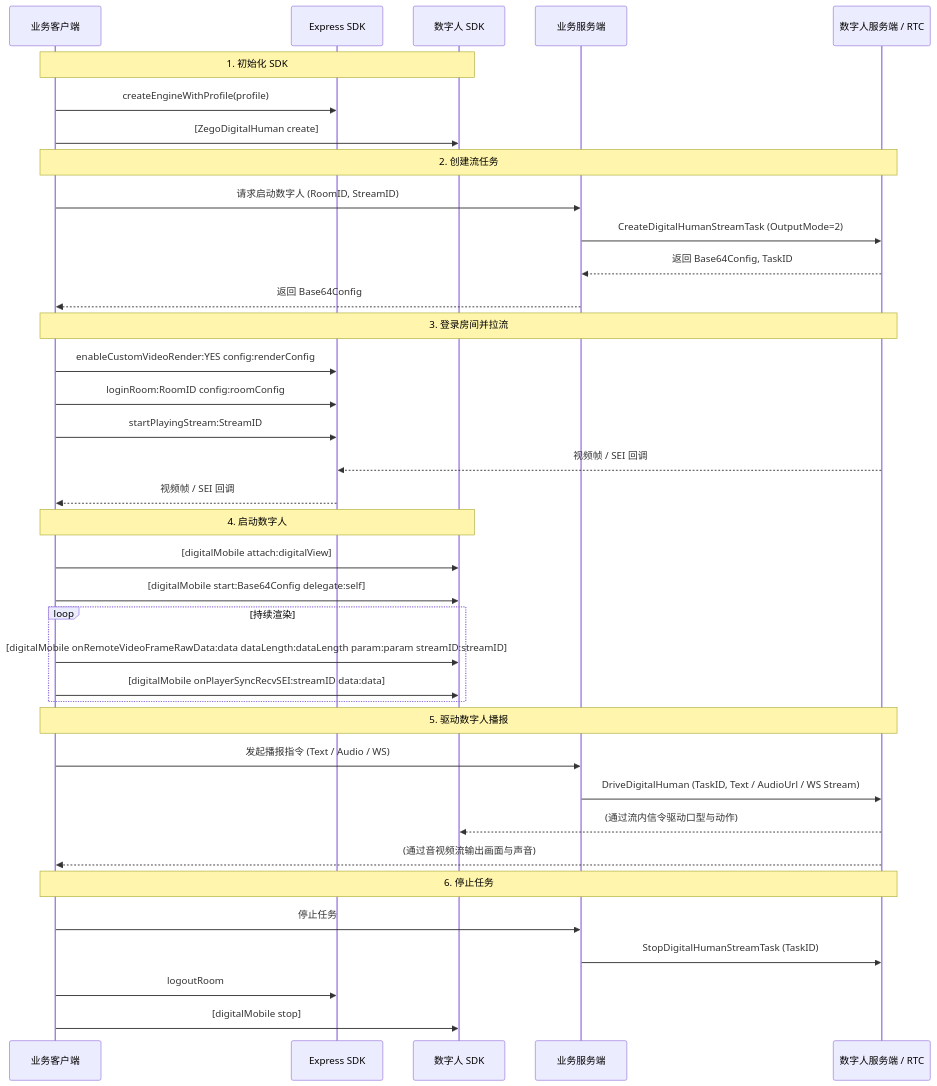
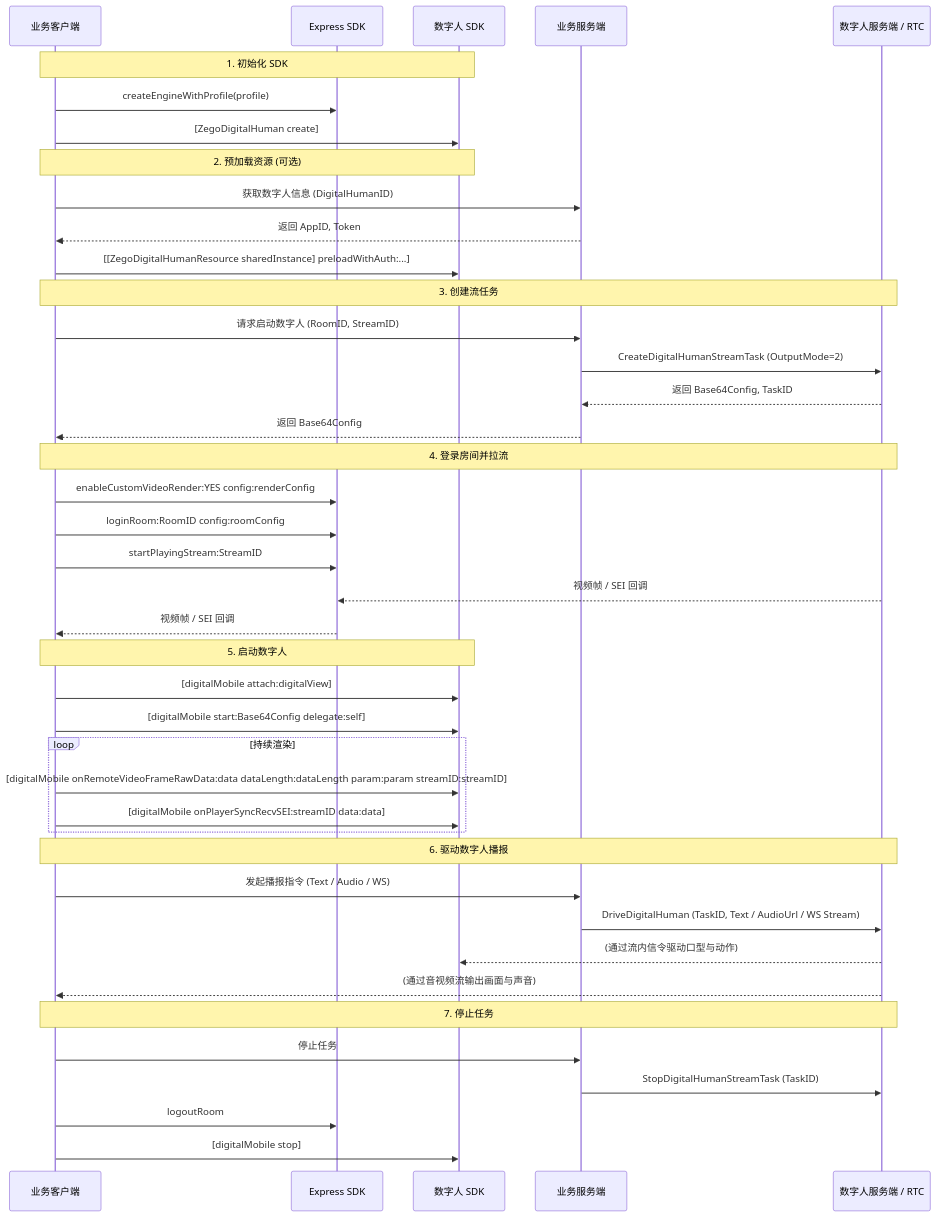
One commit to ZEGOCLOUD/docs_all changed the second of 3 diagrams in core_products/digital-human/zh/android/quick-start.mdx. Above: the diagram before and after it, drawn with Mermaid. The commit also changed other lines of this file and 1 other file, not shown here.

Commit message:
Revise digital human SDK quick start documentation for Android and server-side integration. Update sequence diagram steps to reflect resource preloading and task management improvements. Enhance clarity in example code and adjust section headings for better flow.

````diff
--- a/core_products/digital-human/zh/android/quick-start.mdx
+++ b/core_products/digital-human/zh/android/quick-start.mdx
@@ -124,45 +129,50 @@
 ```mermaid
 sequenceDiagram
     participant Client as 业务客户端
     participant Express as Express SDK
     participant DH_SDK as 数字人 SDK
     participant Server as 业务服务端
     participant PaaS as 数字人服务端 / RTC
 
     Note over Client, DH_SDK: 1. 初始化 SDK
     Client->>Express: createEngineWithProfile(profile)
     Client->>DH_SDK: [ZegoDigitalHuman create]
 
-    Note over Client, PaaS: 2. 创建流任务
+    Note over Client, DH_SDK: 2. 预加载资源 (可选)
+    Client->>Server: 获取数字人信息 (DigitalHumanID)
+    Server-->>Client: 返回 AppID, Token
+    Client->>DH_SDK: [[ZegoDigitalHumanResource sharedInstance] preloadWithAuth:...]
+
+    Note over Client, PaaS: 3. 创建流任务
     Client->>Server: 请求启动数字人 (RoomID, StreamID)
     Server->>PaaS: CreateDigitalHumanStreamTask (OutputMode=2)
     PaaS-->>Server: 返回 Base64Config, TaskID
     Server-->>Client: 返回 Base64Config
 
-    Note over Client, PaaS: 3. 登录房间并拉流
+    Note over Client, PaaS: 4. 登录房间并拉流
     Client->>Express: enableCustomVideoRender:YES config:renderConfig
     Client->>Express: loginRoom:RoomID config:roomConfig
     Client->>Express: startPlayingStream:StreamID
     PaaS-->>Express: 视频帧 / SEI 回调
     Express-->>Client: 视频帧 / SEI 回调
 
-    Note over Client, DH_SDK: 4. 启动数字人
+    Note over Client, DH_SDK: 5. 启动数字人
     Client->>DH_SDK: [digitalMobile attach:digitalView]
     Client->>DH_SDK: [digitalMobile start:Base64Config delegate:self]
     loop 持续渲染
         Client->>DH_SDK: [digitalMobile onRemoteVideoFrameRawData:data dataLength:dataLength param:param streamID:streamID]
         Client->>DH_SDK: [digitalMobile onPlayerSyncRecvSEI:streamID data:data]
     end
 
-    Note over Client, PaaS: 5. 驱动数字人播报
+    Note over Client, PaaS: 6. 驱动数字人播报
     Client->>Server: 发起播报指令 (Text / Audio / WS)
     Server->>PaaS: DriveDigitalHuman (TaskID, Text / AudioUrl / WS Stream)
     PaaS-->>DH_SDK: (通过流内信令驱动口型与动作)
     PaaS-->>Client: (通过音视频流输出画面与声音)
 
-    Note over Client, PaaS: 6. 停止任务
+    Note over Client, PaaS: 7. 停止任务
     Client->>Server: 停止任务
     Server->>PaaS: StopDigitalHumanStreamTask (TaskID)
     Client->>Express: logoutRoom
     Client->>DH_SDK: [digitalMobile stop]
 ```
````
